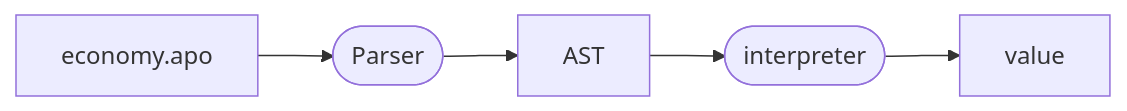
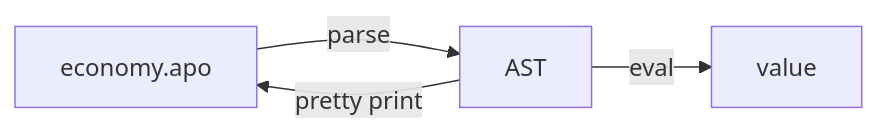
The diagram in site/docs/course.md (ajrouvoet/apoML.kt), drawn with Mermaid before and after one commit. The commit also changed 3 other files, not shown here.

````diff
--- a/site/docs/course.md
+++ b/site/docs/course.md
@@ -39,13 +39,10 @@
 ```mermaid
 flowchart LR
     raw["economy.apo"]
-    parser(["Parser"])
     ast["AST"]
-    eval(["interpreter"])
     value["value"]
-    
-    raw --> parser
-    parser --> ast
-    ast --> eval
-    eval --> value
+
+    raw -->|parse| ast
+    ast -->|pretty print| raw
+    ast -->|eval| value
 ```
````
